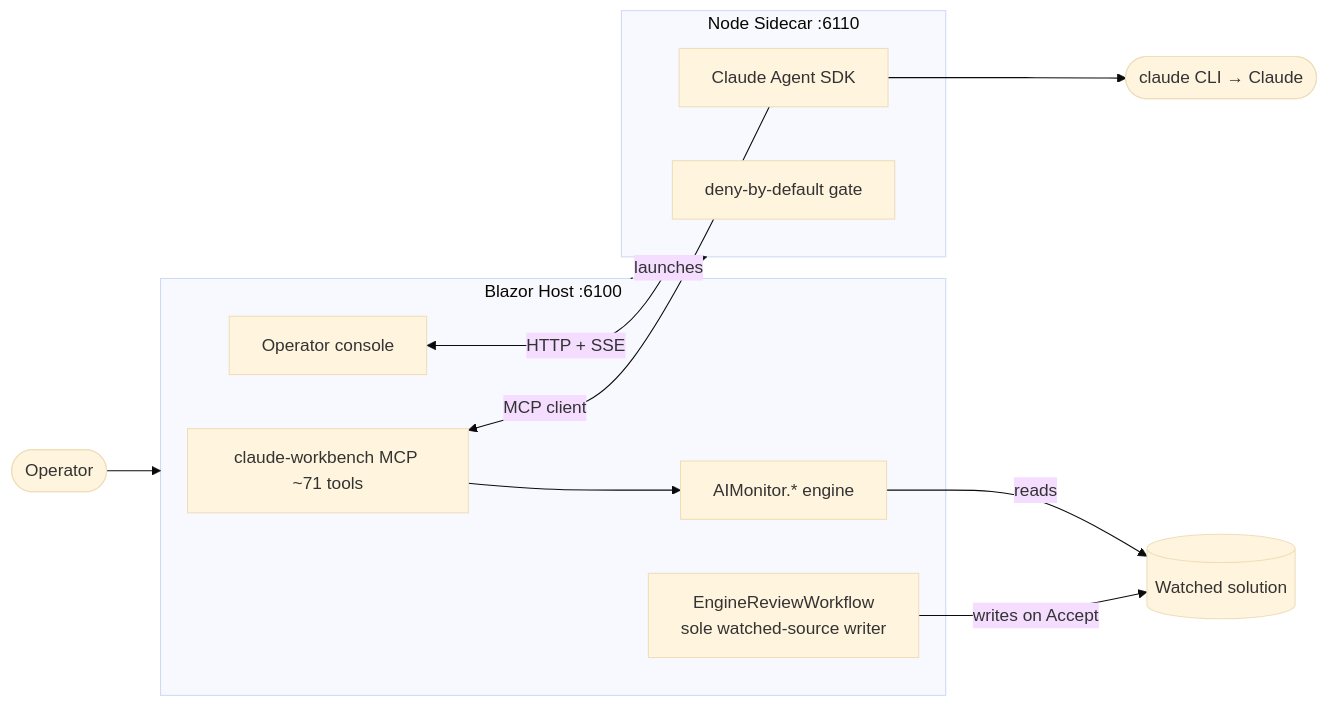
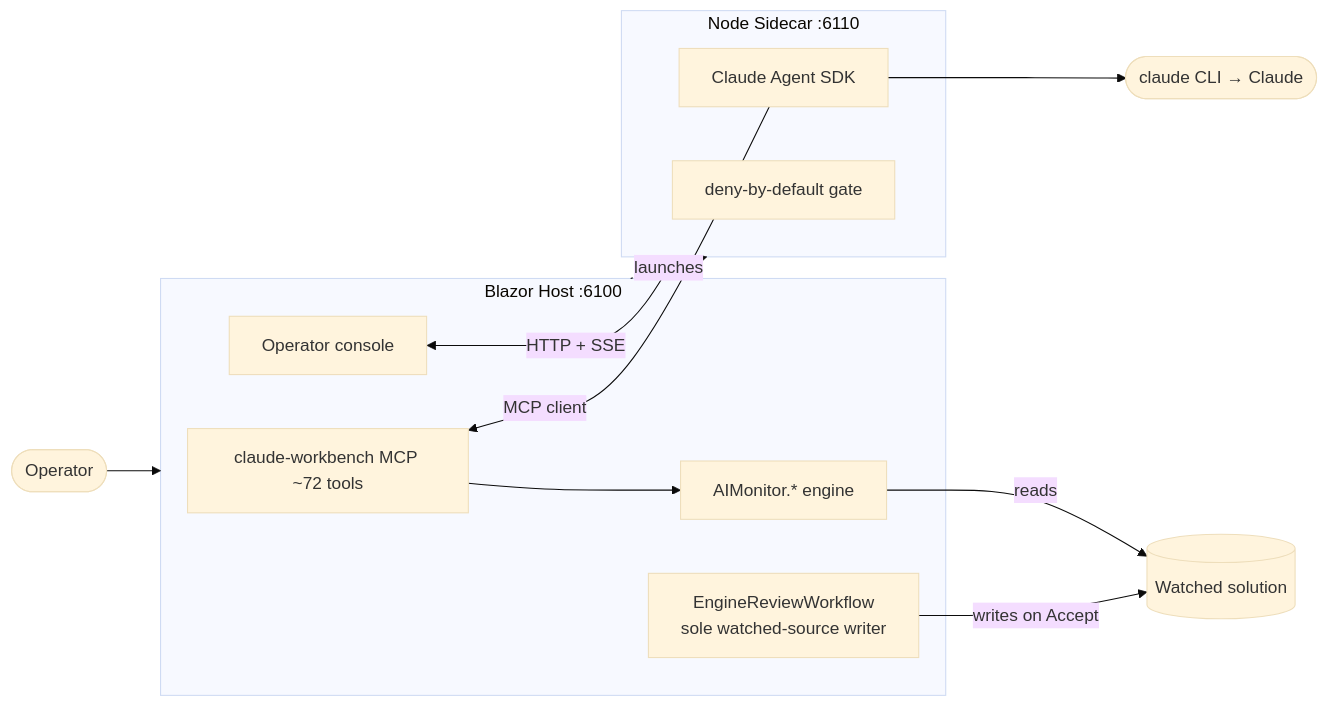
The diagram in docs/README.md (rdavi10471a2/ClaudeWorkbench), drawn with Mermaid (base theme) before and after one commit. The commit also changed 10 other files, not shown here.

````diff
--- a/docs/README.md
+++ b/docs/README.md
@@ -17,21 +17,21 @@
 ```mermaid
 flowchart LR
     Op([Operator]) --> Host
     subgraph Host["Blazor Host :6100"]
         UI[Operator console]
-        MCP[claude-workbench MCP ~71 tools]
+        MCP[claude-workbench MCP ~72 tools]
         Engine[AIMonitor.* engine]
         Rev[EngineReviewWorkflow<br/>sole watched-source writer]
     end
     subgraph Side["Node Sidecar :6110"]
         SDK[Claude Agent SDK]
         Gate[deny-by-default gate]
     end
     UI <-->|HTTP + SSE| Side
     SDK -->|MCP client| MCP
     SDK --> Claude([claude CLI → Claude])
     MCP --> Engine
     Engine -->|reads| Src[(Watched solution)]
     Rev -->|writes on Accept| Src
     Host -.->|launches| Side
 ```
````
